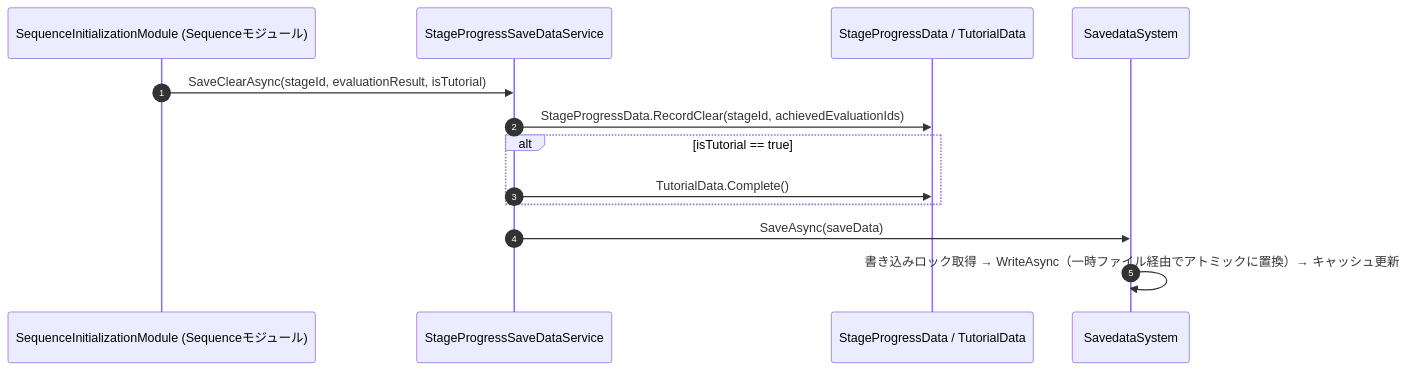
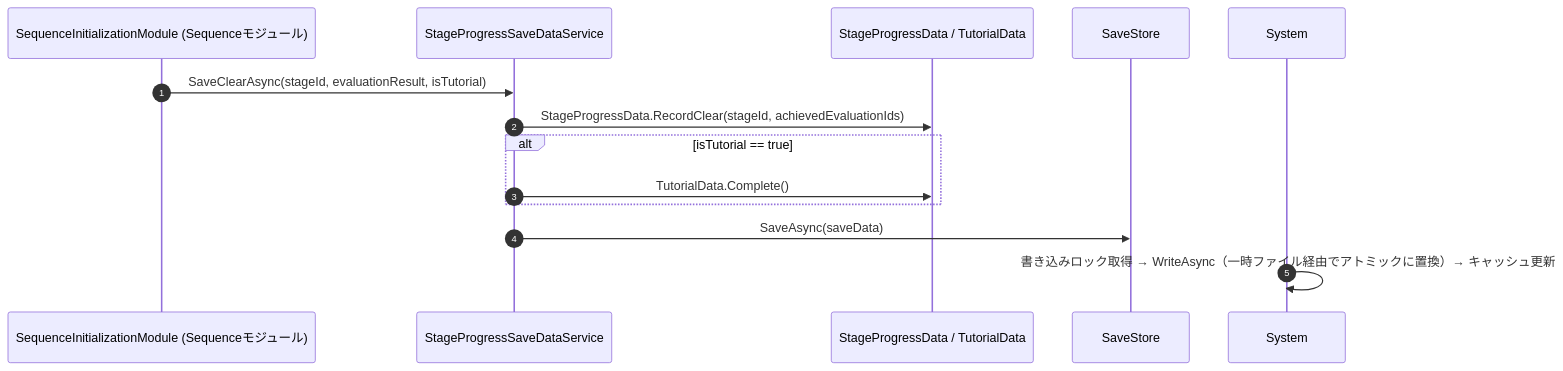
One commit to HIBIKI5201/SymphonyKillChord changed the third of 3 diagrams in Assets/Docs/ScriptsDocs/Modules/NotionModuleDocs/Savedata.md. Above: the diagram before and after it, drawn with Mermaid. The commit also changed other lines of this file and 17 other files, not shown here.

````diff
--- a/Assets/Docs/ScriptsDocs/Modules/NotionModuleDocs/Savedata.md
+++ b/Assets/Docs/ScriptsDocs/Modules/NotionModuleDocs/Savedata.md
@@ -156,16 +156,16 @@
 ```mermaid
 sequenceDiagram
     autonumber
     participant Seq as SequenceInitializationModule (Sequenceモジュール)
     participant Service as StageProgressSaveDataService
     participant Data as StageProgressData / TutorialData
-    participant System as SavedataSystem
+    participant Store as SaveStore
 
     Seq ->> Service: SaveClearAsync(stageId, evaluationResult, isTutorial)
     Service ->> Data: StageProgressData.RecordClear(stageId, achievedEvaluationIds)
     alt isTutorial == true
         Service ->> Data: TutorialData.Complete()
     end
-    Service ->> System: SaveAsync(saveData)
+    Service ->> Store: SaveAsync(saveData)
     System ->> System: 書き込みロック取得 → WriteAsync（一時ファイル経由でアトミックに置換）→ キャッシュ更新
 ```
````
